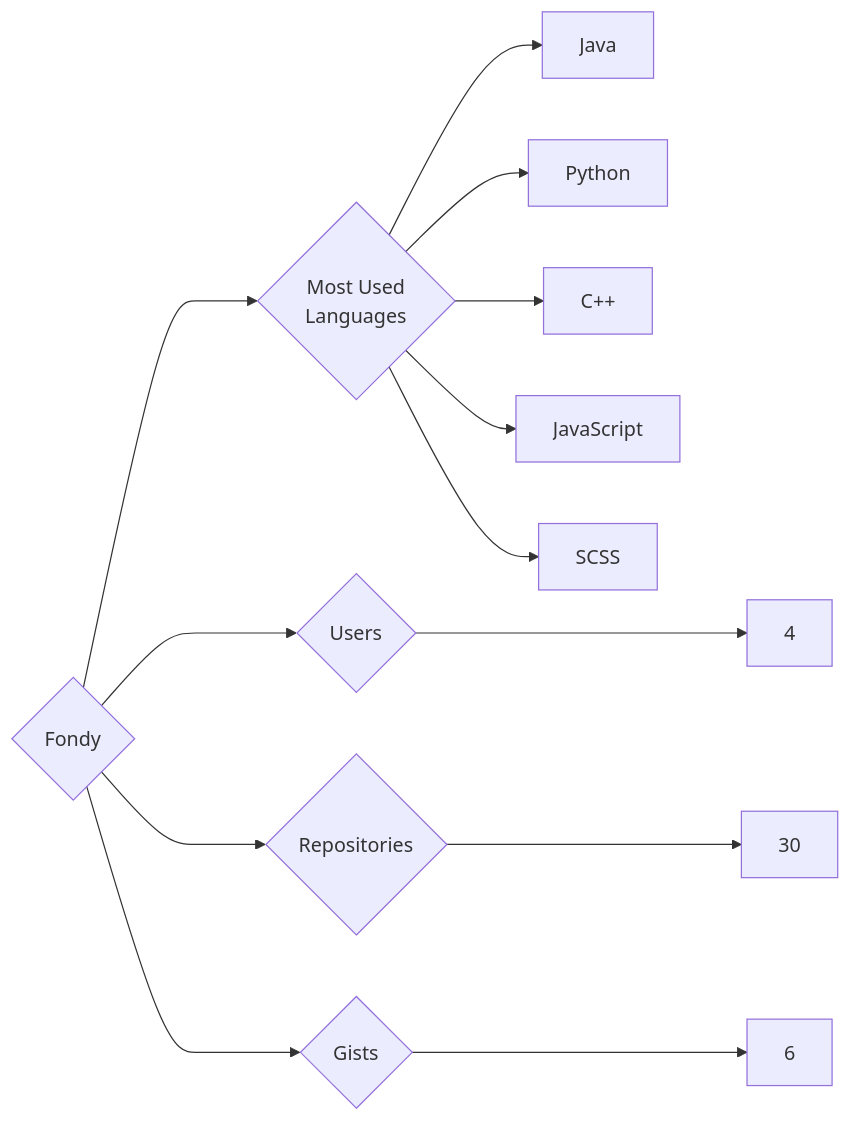
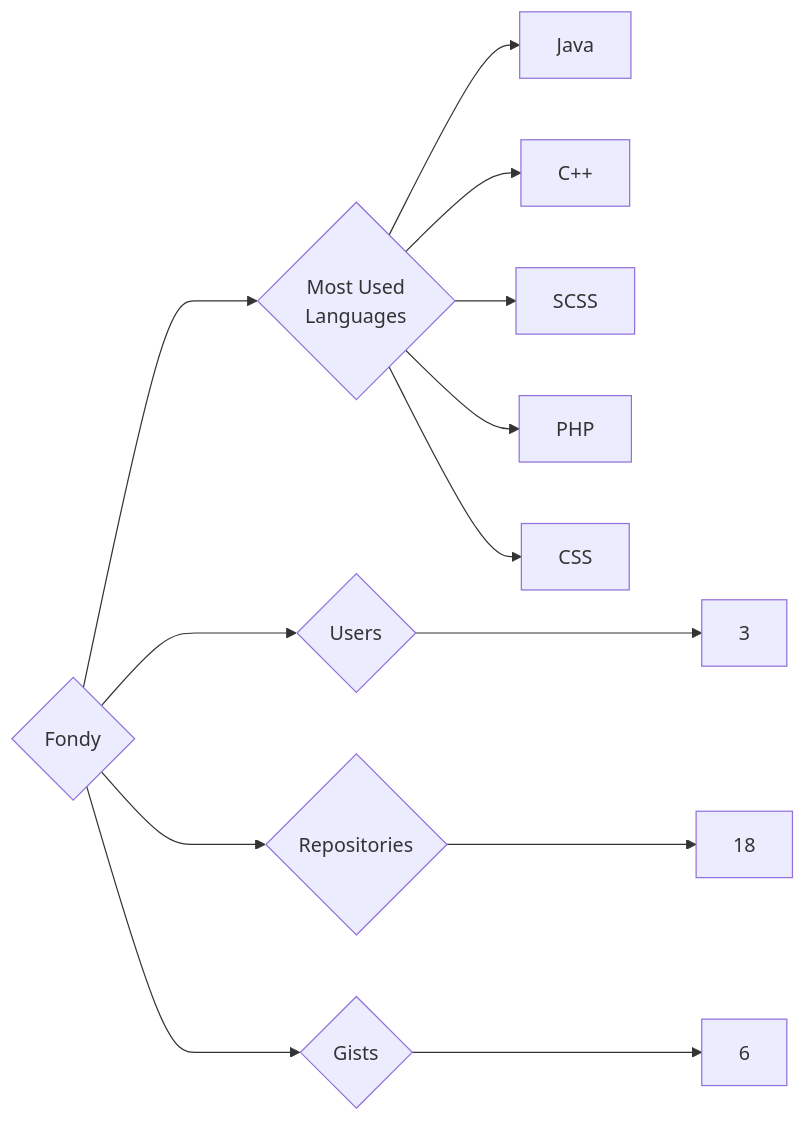
One commit to trickest/insiders changed the diagram in targets/Fondy/README.md. Above: the diagram before and after it, drawn with Mermaid. The commit also changed 1023 other files, not shown here.

````diff
--- a/targets/Fondy/README.md
+++ b/targets/Fondy/README.md
@@ -3,13 +3,13 @@
 ```mermaid
 graph LR
 COMPANY_NAME{Fondy}
-COMPANY_NAME ---> U{Users} ---> UN[4]
-COMPANY_NAME ---> R{Repositories} ---> RN[30]
+COMPANY_NAME ---> U{Users} ---> UN[3]
+COMPANY_NAME ---> R{Repositories} ---> RN[18]
 COMPANY_NAME ---> G{Gists} ---> GN[6]
 COMPANY_NAME ---> ML{Most Used<br>Languages}
 ML --> Java[Java]
-ML --> Python[Python]
 ML --> C++[C++]
-ML --> JavaScript[JavaScript]
 ML --> SCSS[SCSS]
+ML --> PHP[PHP]
+ML --> CSS[CSS]
 ```
````
